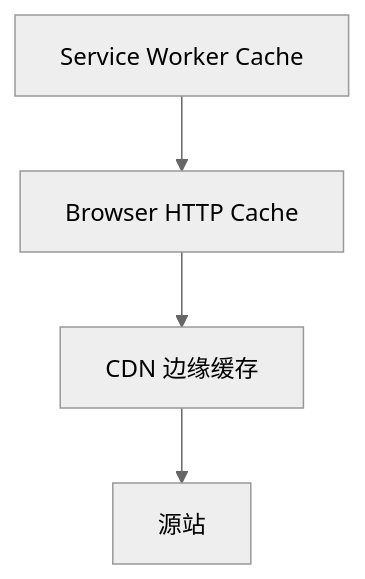
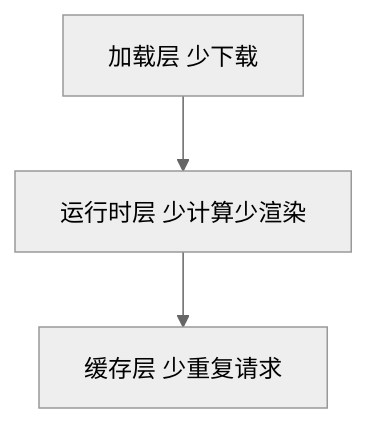
One commit to c-builder/study changed the diagram in 05-性能优化/02-加载与运行时优化.md. Above: the diagram before and after it, drawn with Mermaid (neutral theme). The commit also changed other lines of this file and 28 other files, not shown here.

````diff
--- a/05-性能优化/02-加载与运行时优化.md
+++ b/05-性能优化/02-加载与运行时优化.md
@@ -165,9 +19,5 @@
 ```mermaid
 flowchart TB
-    Browser[Browser HTTP Cache]
-    CDN[CDN 边缘缓存]
-    SW[Service Worker Cache]
-    Origin[源站]
-    Browser --> CDN --> Origin
-    SW --> Browser
+    Load[加载层 少下载] --> Runtime[运行时层 少计算少渲染]
+    Runtime --> Cache[缓存层 少重复请求]
 ```
````
